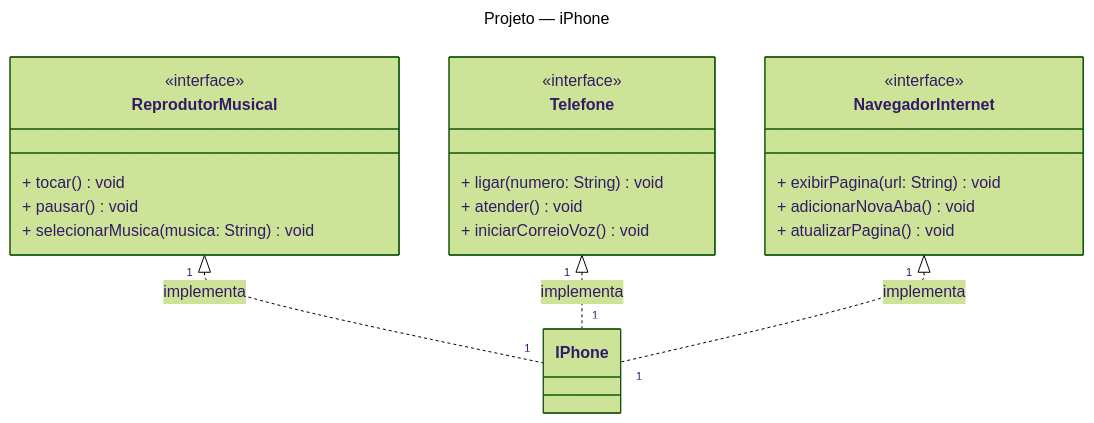
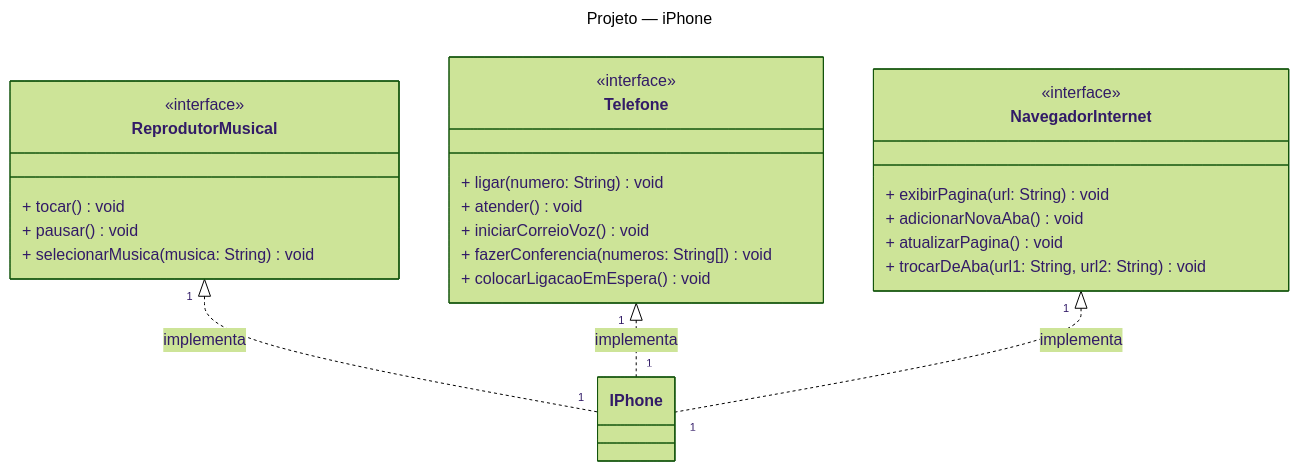
One commit to ManoJohnsons/dio-java-desafio-poo changed the diagram in README.md. Above: the diagram before and after it, drawn with Mermaid (forest theme). The commit also changed 6 other files, not shown here.

````diff
--- a/README.md
+++ b/README.md
@@ -15,36 +15,39 @@
 ```mermaid
 ---
 title: Projeto — iPhone
 ---
 classDiagram
 
 %% Definindo as interfaces do projeto.
 class ReprodutorMusical {
     <<interface>>
     + tocar() void
     + pausar() void
     + selecionarMusica(musica: String) void
 }
 
 class Telefone {
     <<interface>>
     + ligar(numero: String) void
     + atender() void
     + iniciarCorreioVoz() void
+    + fazerConferencia(numeros: String[]) void
+    + colocarLigacaoEmEspera() void
 }
 
 class NavegadorInternet {
     <<interface>>
     + exibirPagina(url: String) void
     + adicionarNovaAba() void
     + atualizarPagina() void
+    + trocarDeAba(url1: String, url2: String) void
 }
 
 %% Definindo a classe do projeto.
 class IPhone
 
 %% Definindo as relações e cardinalidade entre os componentes no projeto.
 ReprodutorMusical "1" <|.. "1" IPhone : implementa
 Telefone "1" <|.. "1" IPhone : implementa
 NavegadorInternet "1" <|.. "1" IPhone : implementa
 ```
````
